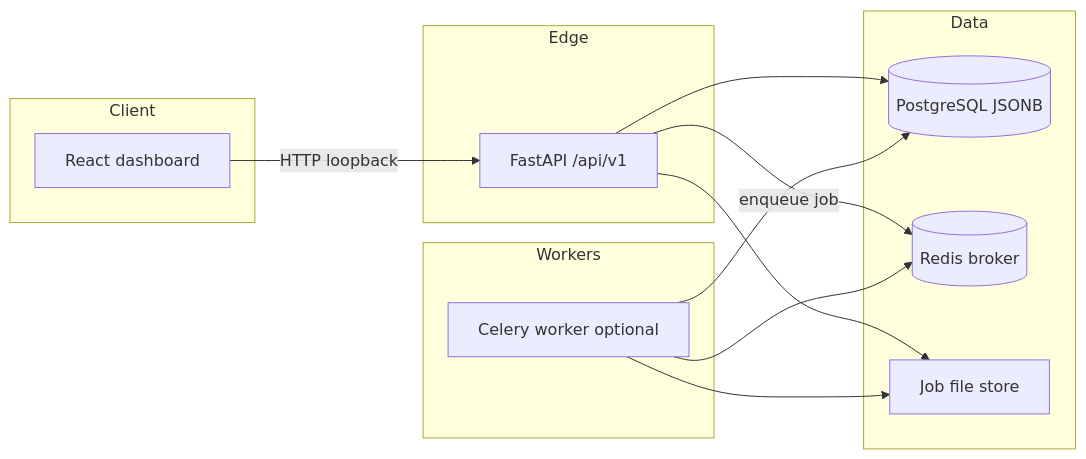
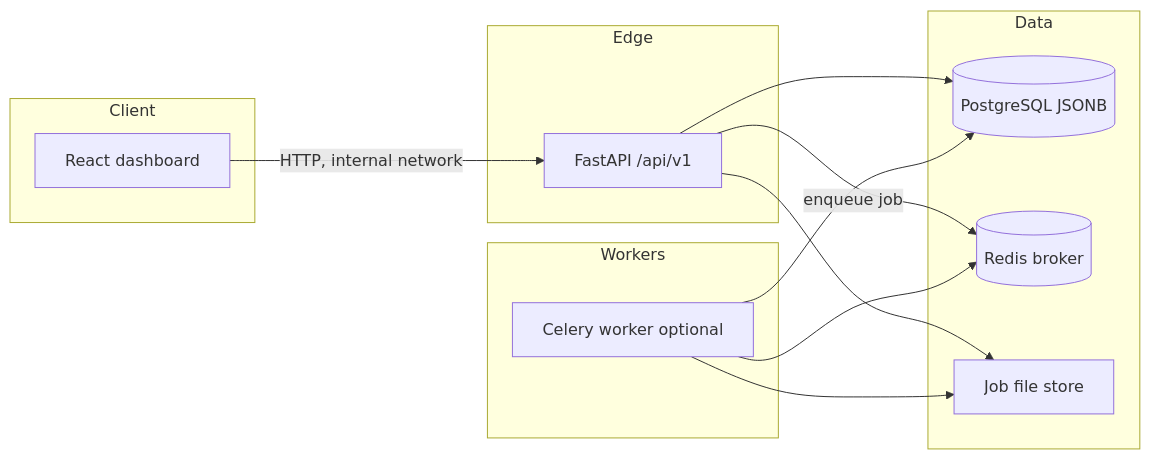
The diagram in docs/ARCHITECTURE.md (Ahmed-Neccar/sentinelai-xdr), drawn with Mermaid before and after one commit. The commit also changed 2 other files, not shown here.

Commit message:
docs: complete and correct the API contract; fix stale statements in the demo runbook

````diff
--- a/docs/ARCHITECTURE.md
+++ b/docs/ARCHITECTURE.md
@@ -7,24 +7,24 @@
 ```mermaid
 flowchart LR
   subgraph Client
     UI[React dashboard]
   end
   subgraph Edge
     API[FastAPI /api/v1]
   end
   subgraph Workers
     W[Celery worker optional]
   end
   subgraph Data
     PG[(PostgreSQL JSONB)]
     RD[(Redis broker)]
     FS[Job file store]
   end
-  UI -->|HTTP loopback| API
+  UI -->|HTTP, internal network| API
   API --> PG
   API -->|enqueue job| RD
   W --> RD
   W --> PG
   API --> FS
   W --> FS
 ```
````
